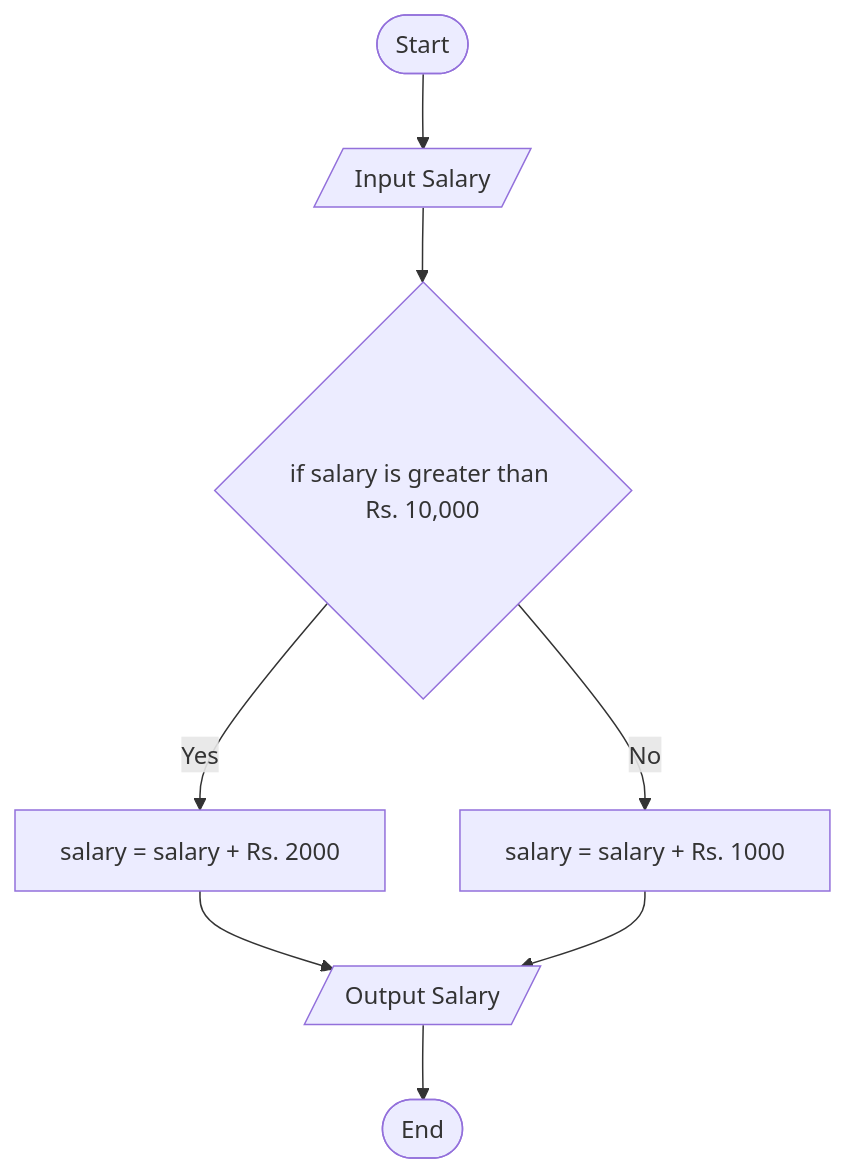
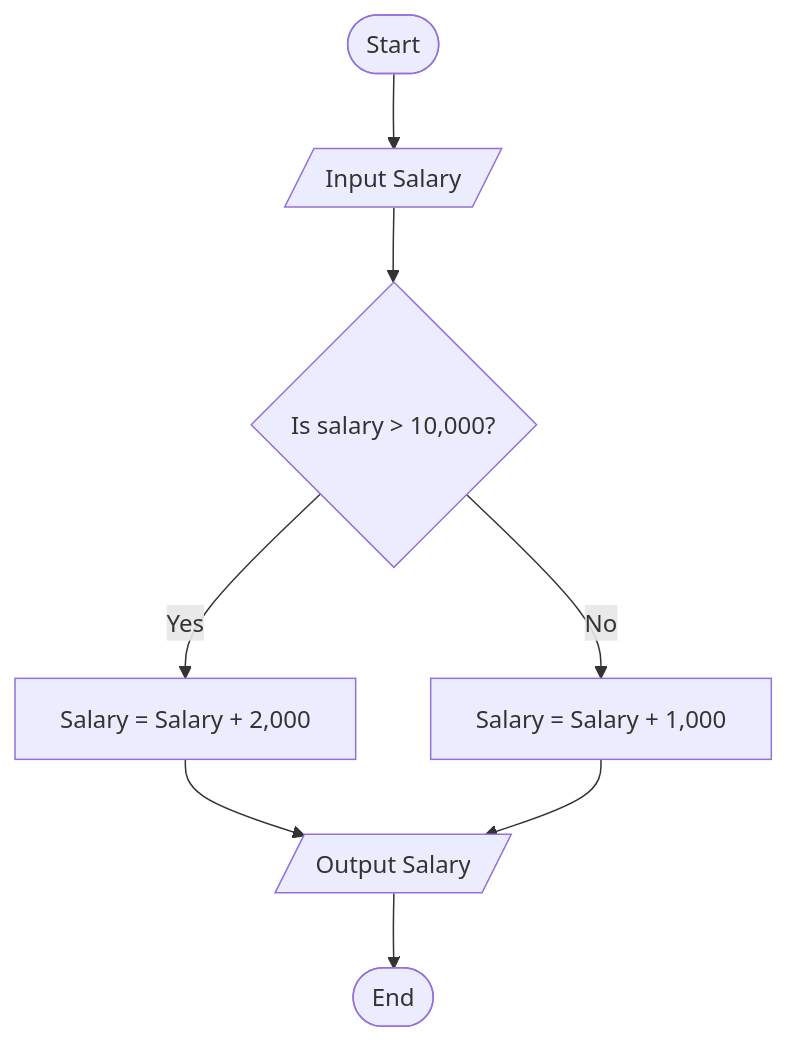
The third of 4 diagrams in Java-Basics/raw_notes/03_flow_of_program.md (SamikshaRani/Core-Learning), drawn with Mermaid before and after one commit. The commit also changed other lines of this file and 1 other file, not shown here.

````diff
--- a/Java-Basics/raw_notes/03_flow_of_program.md
+++ b/Java-Basics/raw_notes/03_flow_of_program.md
@@ -41,10 +41,11 @@
 ```mermaid
 graph TD
     A([Start]) --> B[/Input Salary/]
-    B --> C{"if salary is greater than Rs. 10,000"}
-    C -->|Yes| D["salary = salary + Rs. 2000"]
-    C -->|No| E["salary = salary + Rs. 1000"]
+    B --> C{"Is salary > 10,000?"}
+    C -->|Yes| D["Salary = Salary + 2,000"]
+    C -->|No| E["Salary = Salary + 1,000"]
     D --> F[/Output Salary/]
     E --> F
     F --> G([End])
+
 ```
````
